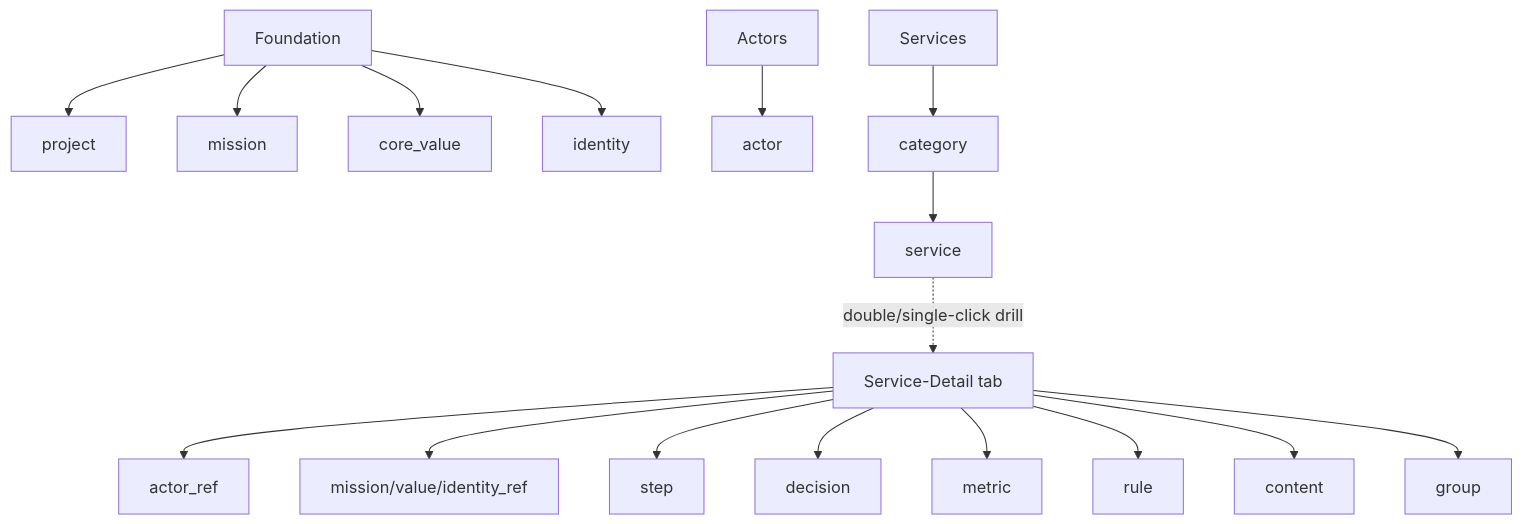
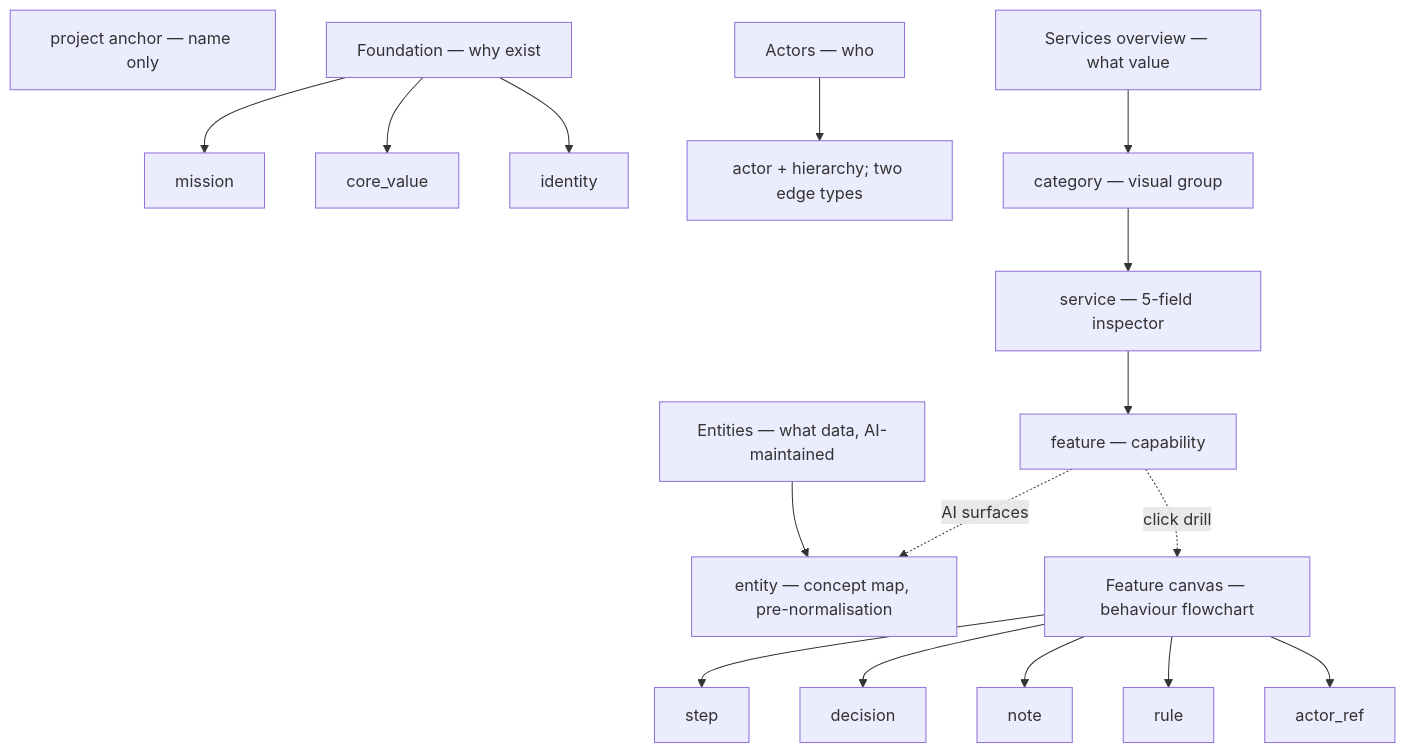
One commit to noory-code/noory-ai changed the second of 3 diagrams in plot/docs/BIG_PICTURE_REVIEW.md. Above: the diagram before and after it, drawn with Mermaid. The commit also changed other lines of this file and 21 other files, not shown here.

First line of the commit message:
docs(plot): pin Services/Feature/Entities review (D-2026-06-17-B~L) + sync all docs to the 2026-06-16~17 marathon

````diff
--- a/plot/docs/BIG_PICTURE_REVIEW.md
+++ b/plot/docs/BIG_PICTURE_REVIEW.md
@@ -374,8 +374,12 @@
 ```mermaid
 flowchart TD
-  F[Foundation] --> proj[project] & mis[mission] & cv[core_value] & idn[identity]
-  A[Actors] --> act[actor]
-  S[Services] --> cat[category] --> svc[service]
-  svc -.double/single-click drill.-> SD[Service-Detail tab]
-  SD --> ar[actor_ref] & fr[mission/value/identity_ref] & st[step] & dc[decision] & mt[metric] & rl[rule] & ct[content] & gp[group]
+  P[project anchor — name only]
+  F[Foundation — why exist] --> mis[mission] & cv[core_value] & idn[identity]
+  A[Actors — who] --> act[actor + hierarchy; two edge types]
+  E[Entities — what data, AI-maintained] --> ent[entity — concept map, pre-normalisation]
+  S[Services overview — what value] --> cat[category — visual group] --> svc[service — 5-field inspector] --> feat[feature — capability]
+  feat -.click drill.-> FC[Feature canvas — behaviour flowchart]
+  FC --> st[step] & dc[decision] & nt[note] & rl[rule] & arf[actor_ref]
+  feat -.AI surfaces.-> ent
+  %% 2026-06-17 redesign: feature node + drill rewire (D-17-D); retired from feature canvas = mission_ref/value_ref/identity_ref/metric/content/group (D-17-H); no service-to-service edge (D-17-C); foundation refs are chips on the service inspector (D-17-B); Entities is a new AI-maintained canvas (D-17-I/K)
 ```
````
